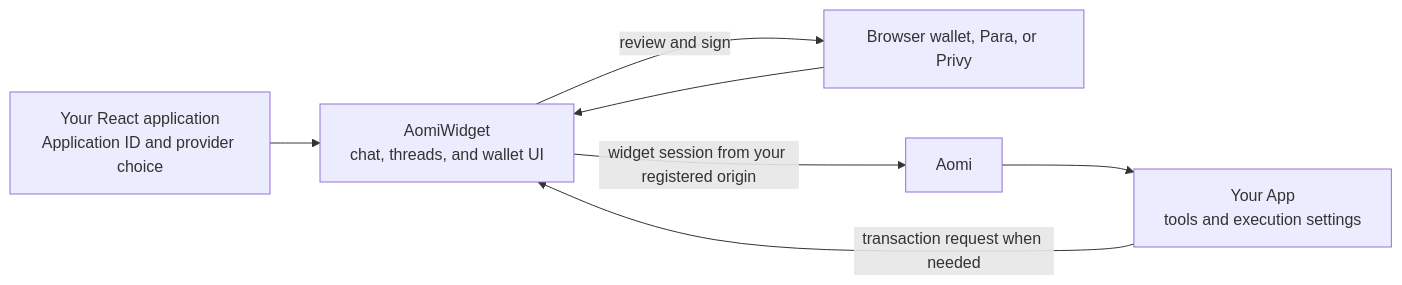
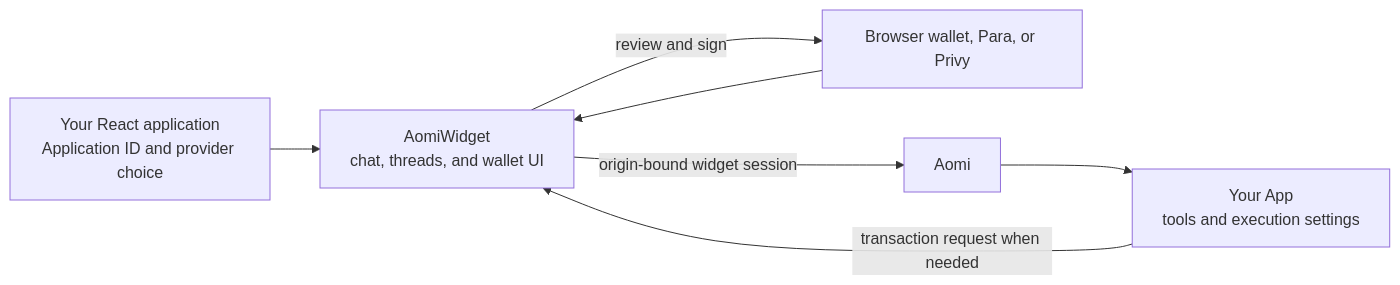
The diagram in guides/widget/quickstart.mdx (aomi-labs/docs), drawn with Mermaid before and after one commit. The commit also changed other lines of this file and 22 other files, not shown here.

````diff
--- a/guides/widget/quickstart.mdx
+++ b/guides/widget/quickstart.mdx
@@ -27,9 +29,9 @@
 ```mermaid
 flowchart LR
     H["Your React application<br/>Application ID and provider choice"] --> W["AomiWidget<br/>chat, threads, and wallet UI"]
     P["Browser wallet, Para, or Privy"] --> W
-    W -->|"widget session from your registered origin"| A["Aomi"]
+    W -->|"origin-bound widget session"| A["Aomi"]
     A --> R["Your App<br/>tools and execution settings"]
     R -->|"transaction request when needed"| W
     W -->|"review and sign"| P
 ```
````
